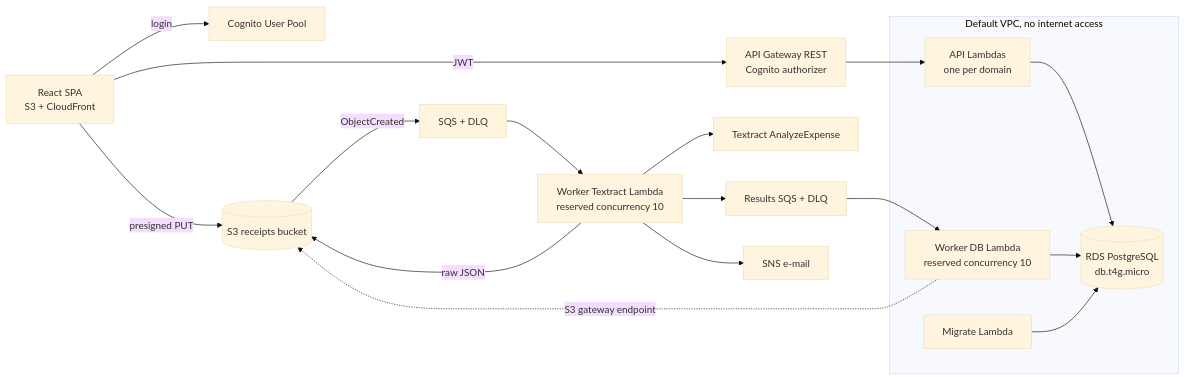
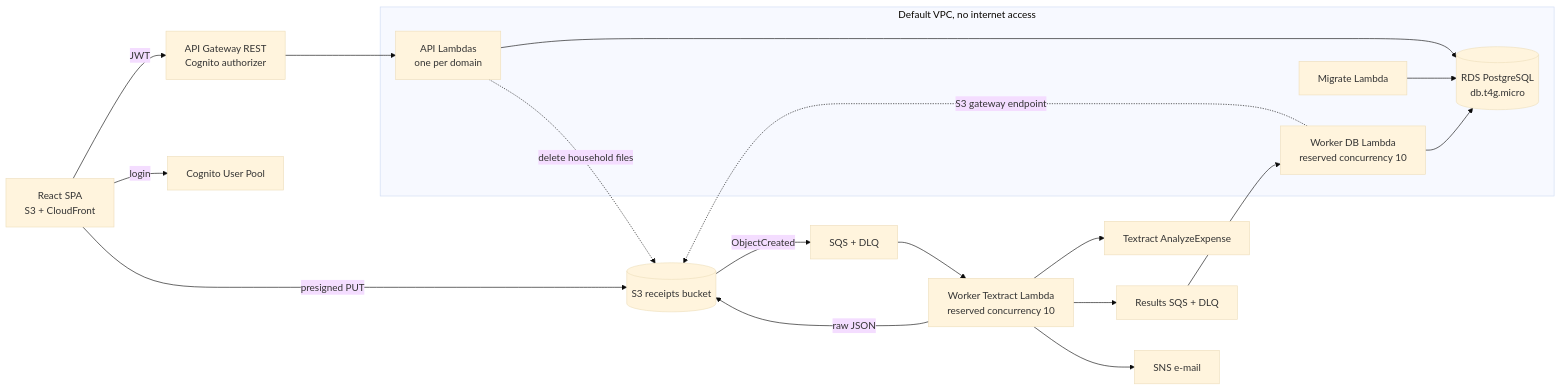
The diagram in docs/architecture.md (timonrieger/bonbon), drawn with Mermaid (base theme) before and after one commit. The commit also changed other lines of this file and 12 other files, not shown here.

````diff
--- a/docs/architecture.md
+++ b/docs/architecture.md
@@ -7,24 +7,25 @@
 ```mermaid
 flowchart LR
   web[React SPA<br/>S3 + CloudFront] -->|JWT| api[API Gateway REST<br/>Cognito authorizer]
   web -->|login| cognito[Cognito User Pool]
   web -->|presigned PUT| s3[(S3 receipts bucket)]
   s3 -->|ObjectCreated| sqs[SQS + DLQ]
   subgraph vpc[Default VPC, no internet access]
     fns[API Lambdas<br/>one per domain]
     dbworker[Worker DB Lambda<br/>reserved concurrency 10]
     migrate[Migrate Lambda]
     rds[(RDS PostgreSQL<br/>db.t4g.micro)]
     fns --> rds
     dbworker --> rds
     migrate --> rds
   end
   api --> fns
   sqs --> worker[Worker Textract Lambda<br/>reserved concurrency 10]
   worker --> textract[Textract AnalyzeExpense]
   worker -->|raw JSON| s3
   worker --> results[Results SQS + DLQ]
   results --> dbworker
   dbworker -.->|S3 gateway endpoint| s3
+  fns -.->|delete household files| s3
   worker --> sns[SNS e-mail]
 ```
````
